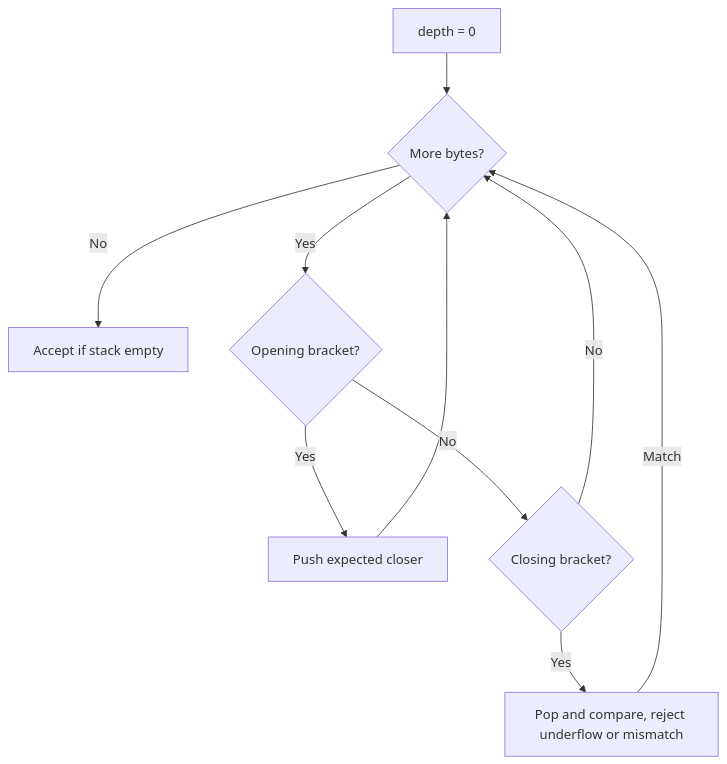
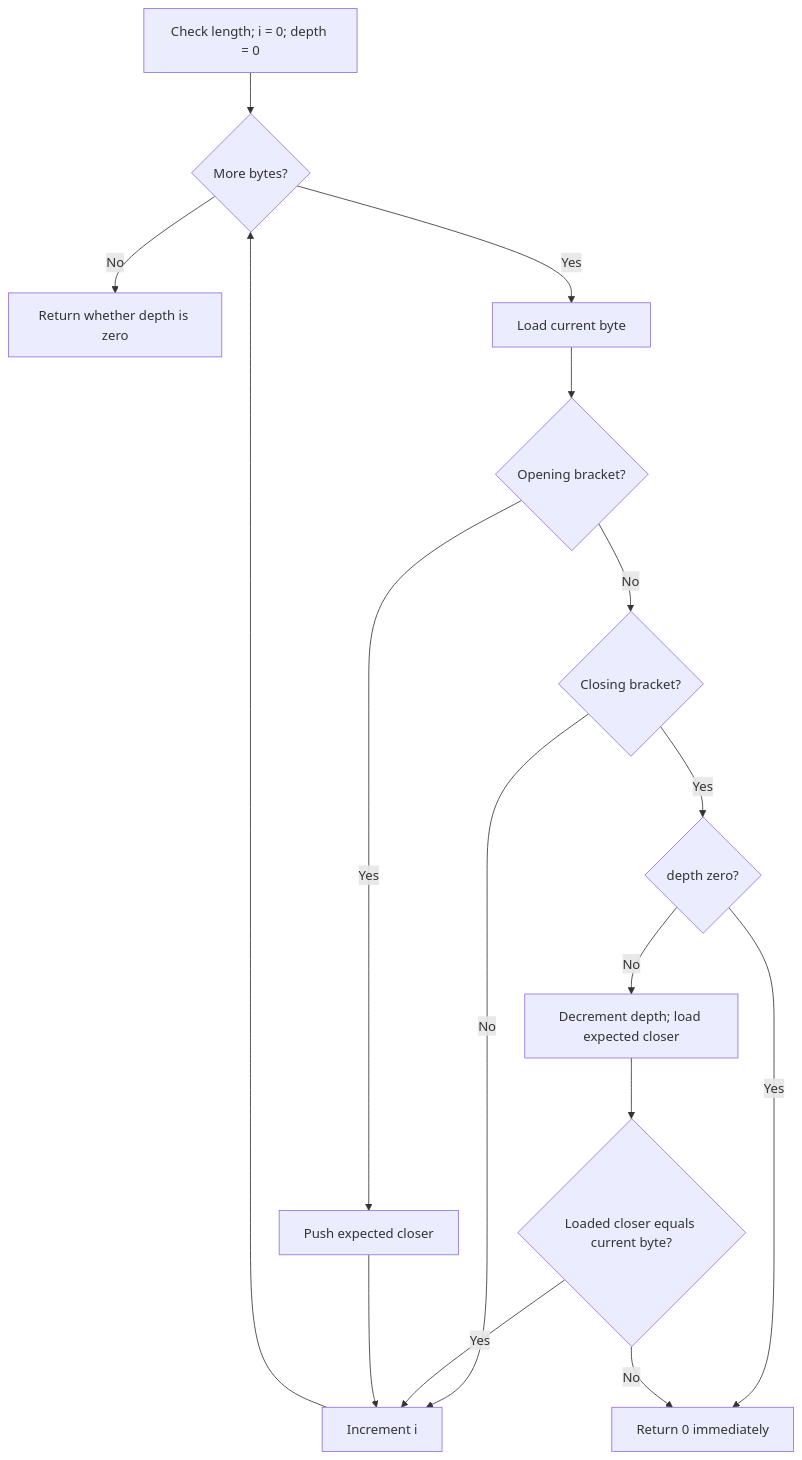
Before and after one commit to macchiato-dev/macchiato: the diagram in dev/microwasm/examples/15-balanced-brackets.md, drawn with Mermaid. The commit also changed other lines of this file and 5 other files, not shown here.

Commit message:
Explain MicroWASM block transitions, bracket stack and Life inner loops

````diff
--- a/dev/microwasm/examples/15-balanced-brackets.md
+++ b/dev/microwasm/examples/15-balanced-brackets.md
@@ -20,12 +20,18 @@
 ```mermaid
 flowchart TD
-    A[depth = 0] --> B{More bytes?}
-    B -- No --> R[Accept if stack empty]
-    B -- Yes --> C{Opening bracket?}
+    A[Check length; i = 0; depth = 0] --> B{More bytes?}
+    B -- No --> R[Return whether depth is zero]
+    B -- Yes --> L[Load current byte]
+    L --> C{Opening bracket?}
     C -- Yes --> P[Push expected closer]
     C -- No --> D{Closing bracket?}
-    D -- No --> B
-    D -- Yes --> E[Pop and compare, reject underflow or mismatch]
-    P --> B
-    E -- Match --> B
+    D -- No --> I[Increment i]
+    D -- Yes --> U{depth zero?}
+    U -- Yes --> X[Return 0 immediately]
+    U -- No --> E[Decrement depth; load expected closer]
+    E --> M{Loaded closer equals current byte?}
+    M -- No --> X
+    M -- Yes --> I
+    P --> I
+    I --> B
 ```
````
